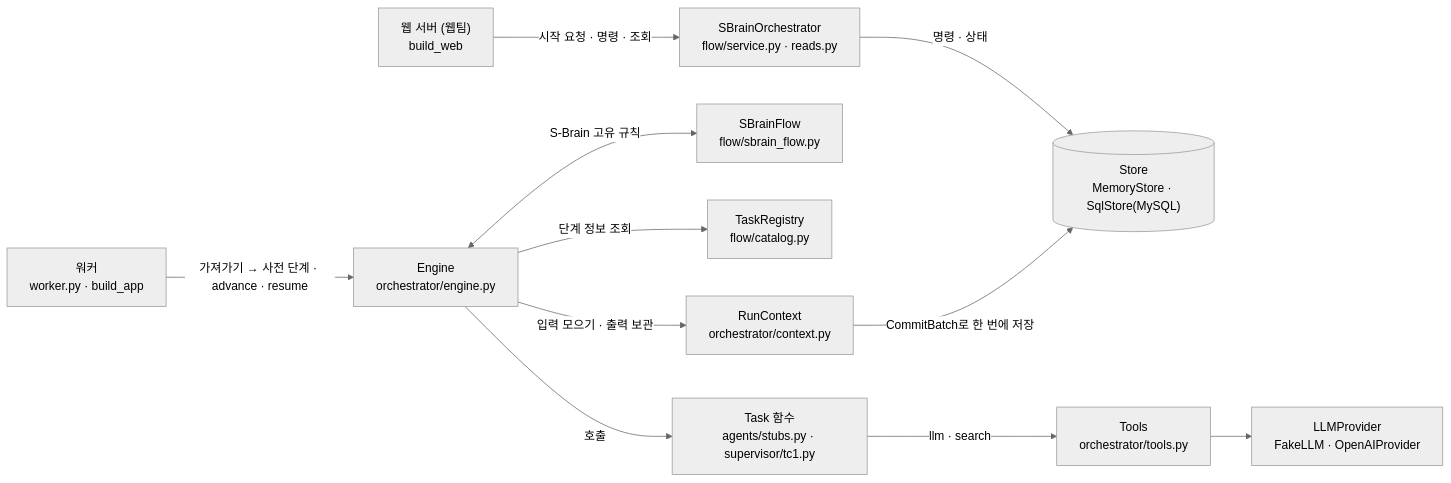
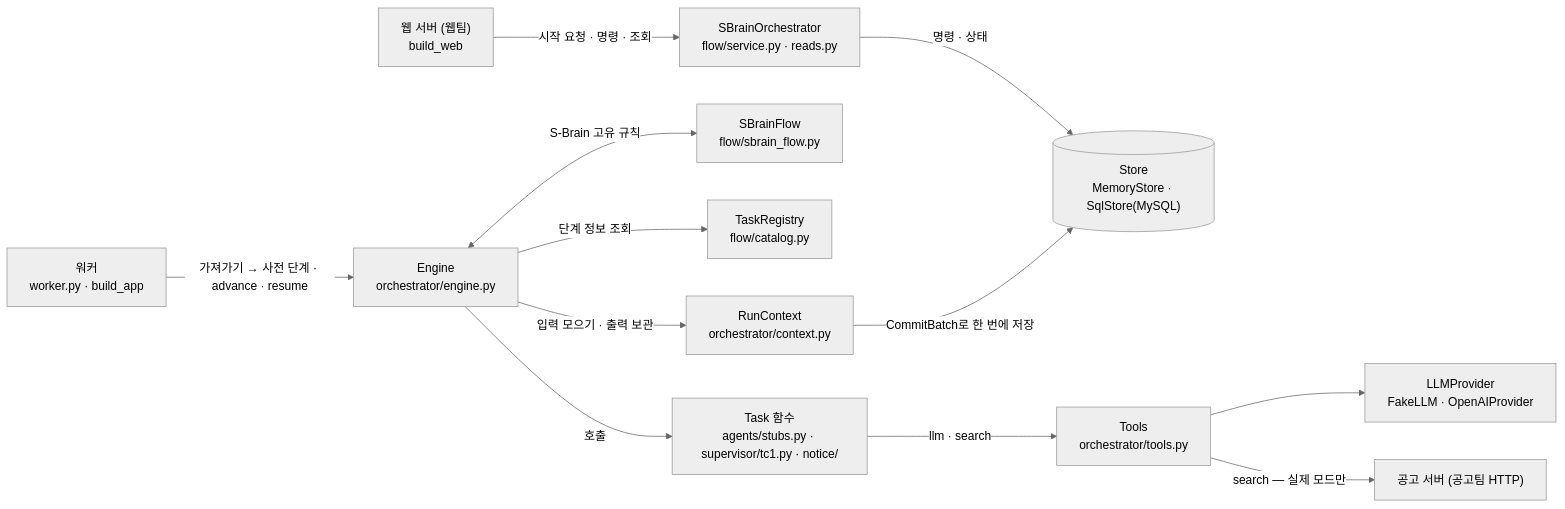
One commit to SKNETWORKS-FAMILY-AICAMP/SKN32-FINAL-1TEAM changed the second of 2 diagrams in agent-orchestration/README.md. Above: the diagram before and after it, drawn with Mermaid (neutral theme). The commit also changed other lines of this file and 36 other files, not shown here.

````diff
--- a/agent-orchestration/README.md
+++ b/agent-orchestration/README.md
@@ -399,13 +423,14 @@
 ```mermaid
 flowchart LR
   Web["웹 서버 (웹팀)<br/>build_web"] -->|"시작 요청 · 명령 · 조회"| Svc["SBrainOrchestrator<br/>flow/service.py · reads.py"]
   Wk["워커<br/>worker.py · build_app"] -->|"가져가기 → 사전 단계 · advance · resume"| Eng["Engine<br/>orchestrator/engine.py"]
   Svc -->|명령 · 상태| Store
   Eng <-->|S-Brain 고유 규칙| Flow["SBrainFlow<br/>flow/sbrain_flow.py"]
   Eng -->|단계 정보 조회| Reg["TaskRegistry<br/>flow/catalog.py"]
   Eng -->|"입력 모으기 · 출력 보관"| Ctx["RunContext<br/>orchestrator/context.py"]
   Ctx -->|"CommitBatch로 한 번에 저장"| Store[("Store<br/>MemoryStore · SqlStore(MySQL)")]
-  Eng -->|호출| Fn["Task 함수<br/>agents/stubs.py · supervisor/tc1.py"]
+  Eng -->|호출| Fn["Task 함수<br/>agents/stubs.py · supervisor/tc1.py · notice/"]
   Fn -->|"llm · search"| Tools["Tools<br/>orchestrator/tools.py"]
   Tools --> Prov["LLMProvider<br/>FakeLLM · OpenAIProvider"]
+  Tools -->|"search — 실제 모드만"| NS["공고 서버 (공고팀 HTTP)"]
 ```
````
